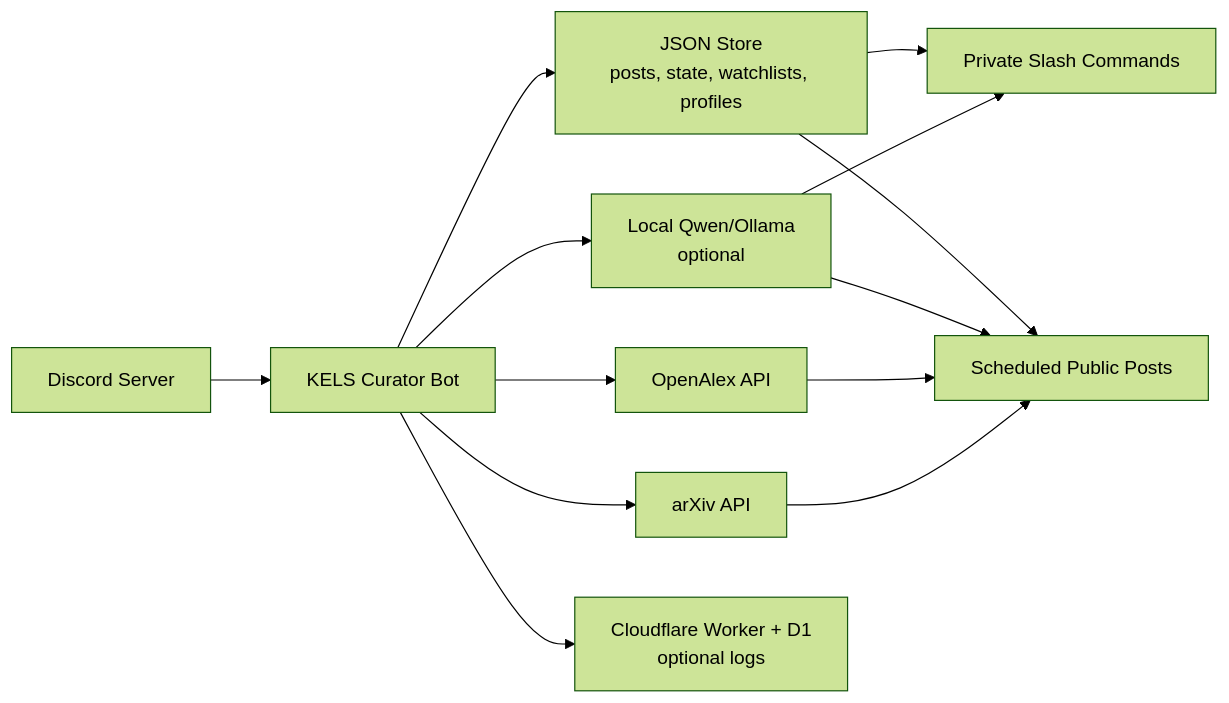
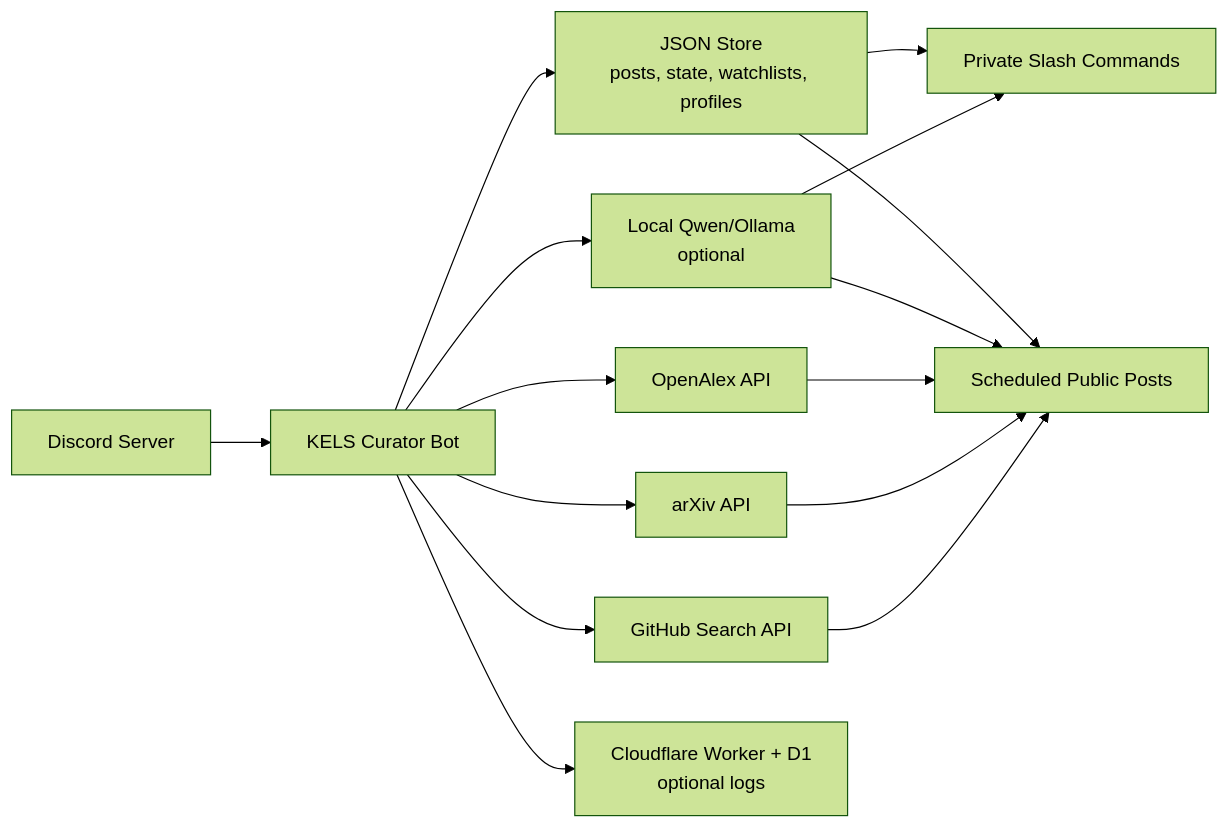
One commit to Educatian/kels-curator-bot changed the diagram in README.md. Above: the diagram before and after it, drawn with Mermaid (forest theme). The commit also changed other lines of this file and 21 other files, not shown here.

````diff
--- a/README.md
+++ b/README.md
@@ -30,16 +30,18 @@
 ```mermaid
 flowchart LR
   Discord["Discord Server"] --> Bot["KELS Curator Bot"]
   Bot --> Store["JSON Store<br/>posts, state, watchlists, profiles"]
   Bot --> Qwen["Local Qwen/Ollama<br/>optional"]
   Bot --> OpenAlex["OpenAlex API"]
   Bot --> Arxiv["arXiv API"]
+  Bot --> GitHub["GitHub Search API"]
   Bot --> Cloudflare["Cloudflare Worker + D1<br/>optional logs"]
 
   Store --> Slash["Private Slash Commands"]
   Store --> Schedules["Scheduled Public Posts"]
   Qwen --> Slash
   Qwen --> Schedules
   OpenAlex --> Schedules
   Arxiv --> Schedules
+  GitHub --> Schedules
 ```
````
